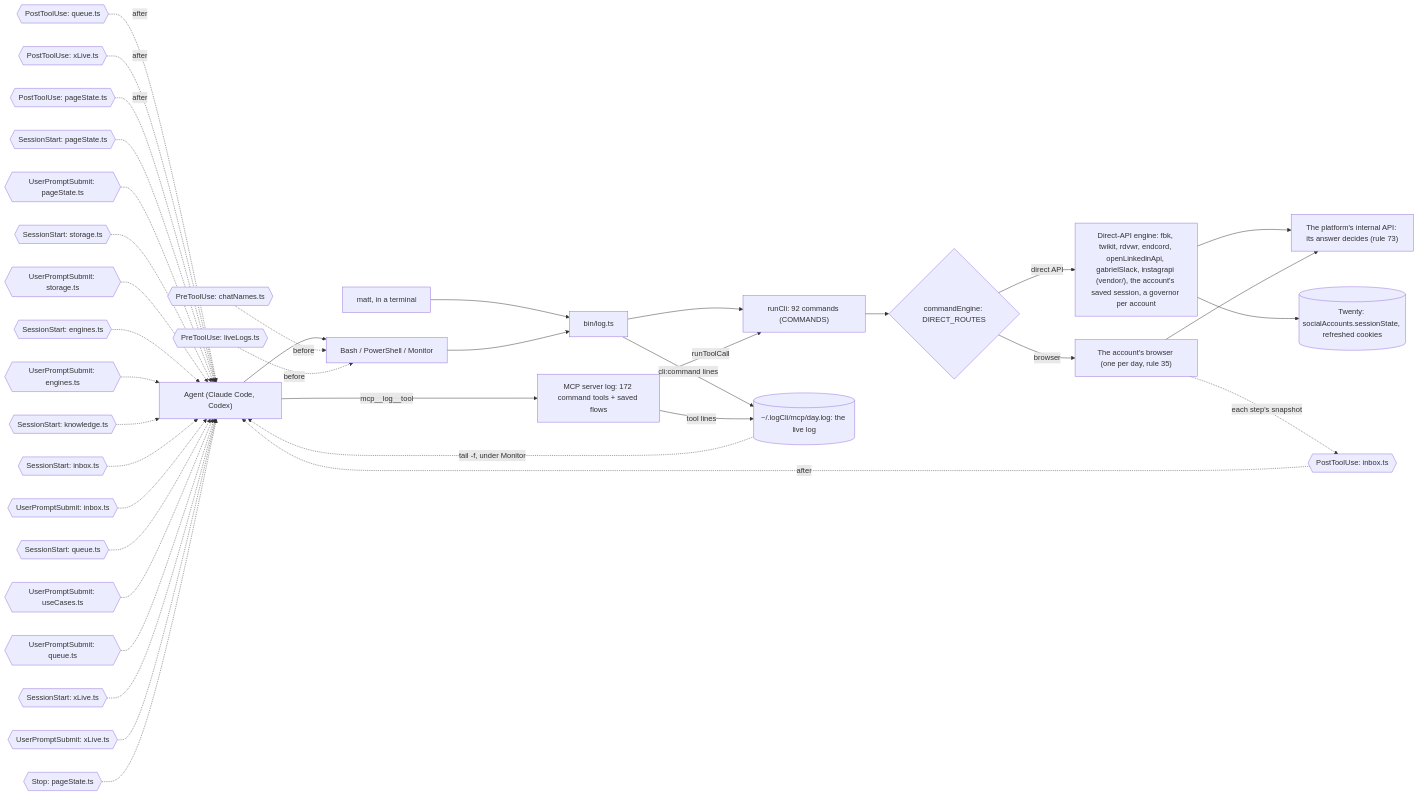
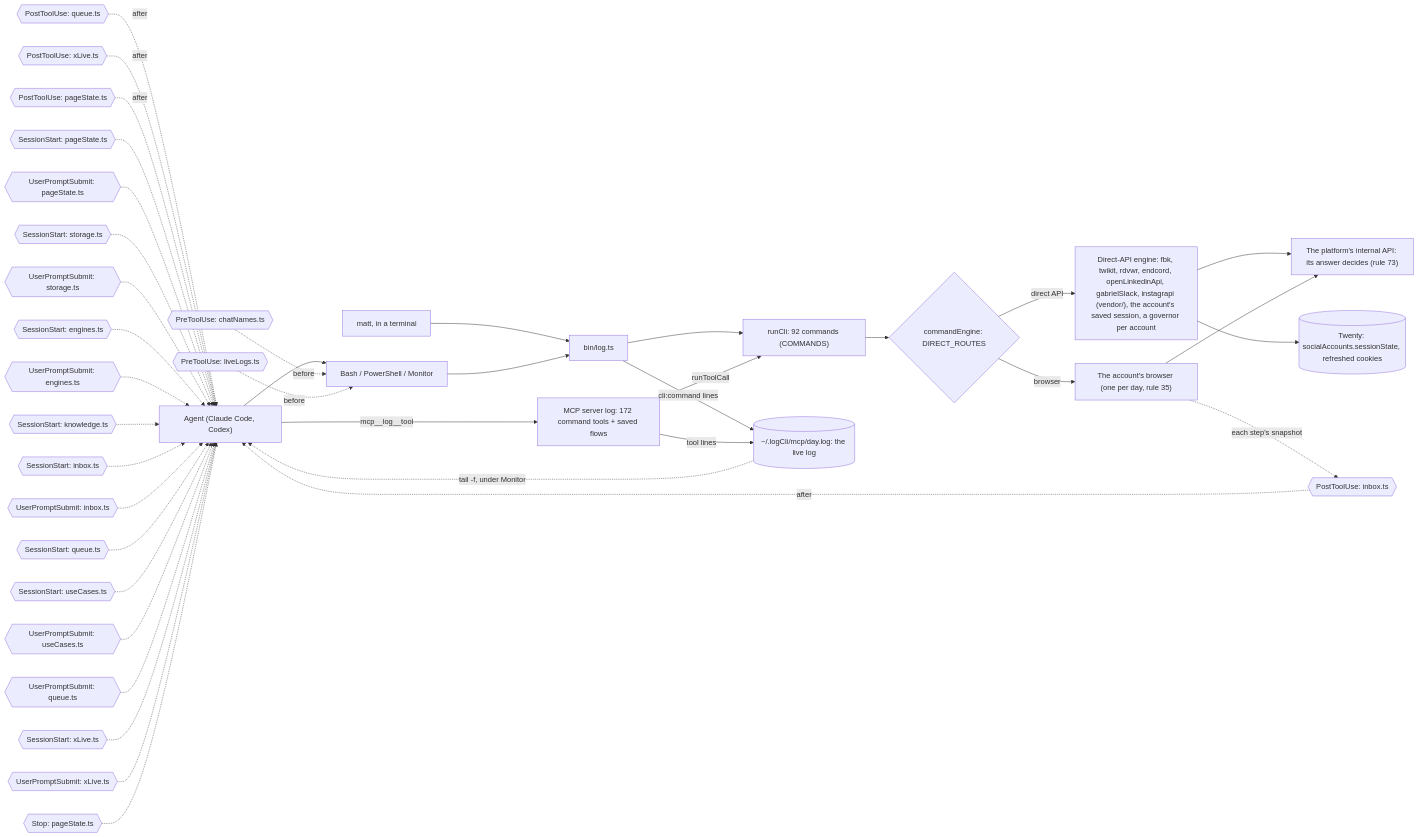
One commit to matthewdonsemail-lab/log changed the diagram in docs/diagrams/surface.mmd. Above: the diagram before and after it, drawn with Mermaid. The commit also changed 36 other files, not shown here.

```diff
--- a/docs/diagrams/surface.mmd
+++ b/docs/diagrams/surface.mmd
@@ -1,52 +1,53 @@
 %% How a call reaches log-cli. From a shell or over MCP, both run the same commands through `runCli`, write the same live log, and pass through the same hooks. `commandEngine` sends each command to the platform's direct API or to the account's browser.
 %% Written by `bun run docs:build` from the code (rule 56). Not edited by hand.
 flowchart LR
   agent["Agent (Claude Code, Codex)"]
   matt["matt, in a terminal"]
   shell["Bash / PowerShell / Monitor"]
   mcp["MCP server log: 172 command tools + saved flows"]
   bin["bin/log.ts"]
   runCli["runCli: 92 commands (COMMANDS)"]
   live[("~/.logCli/mcp/day.log: the live log")]
   engine{"commandEngine: DIRECT_ROUTES"}
   direct["Direct-API engine: fbk, twikit, rdvwr, endcord, openLinkedinApi, gabrielSlack, instagrapi (vendor/), the account's saved session, a governor per account"]
   browser["The account's browser (one per day, rule 35)"]
   api["The platform's internal API: its answer decides (rule 73)"]
   twenty[("Twenty: socialAccounts.sessionState, refreshed cookies")]
   agent --> shell
   matt --> bin
   shell --> bin
   agent -->|mcp__log__tool| mcp
   bin --> runCli
   mcp -->|runToolCall| runCli
   runCli --> engine
   engine -->|direct API| direct
   engine -->|browser| browser
   direct --> api
   browser --> api
   direct --> twenty
   bin -->|cli:command lines| live
   mcp -->|tool lines| live
   live -.->|tail -f, under Monitor| agent
   pre0{{"PreToolUse: chatNames.ts"}} -.->|before| shell
   pre1{{"PreToolUse: liveLogs.ts"}} -.->|before| shell
   post0{{"PostToolUse: inbox.ts"}} -.->|after| agent
   post1{{"PostToolUse: queue.ts"}} -.->|after| agent
   post2{{"PostToolUse: xLive.ts"}} -.->|after| agent
   post3{{"PostToolUse: pageState.ts"}} -.->|after| agent
   turn0{{"SessionStart: pageState.ts"}} -.-> agent
   turn1{{"UserPromptSubmit: pageState.ts"}} -.-> agent
   turn2{{"SessionStart: storage.ts"}} -.-> agent
   turn3{{"UserPromptSubmit: storage.ts"}} -.-> agent
   turn4{{"SessionStart: engines.ts"}} -.-> agent
   turn5{{"UserPromptSubmit: engines.ts"}} -.-> agent
   turn6{{"SessionStart: knowledge.ts"}} -.-> agent
   turn7{{"SessionStart: inbox.ts"}} -.-> agent
   turn8{{"UserPromptSubmit: inbox.ts"}} -.-> agent
   turn9{{"SessionStart: queue.ts"}} -.-> agent
-  turn10{{"UserPromptSubmit: useCases.ts"}} -.-> agent
-  turn11{{"UserPromptSubmit: queue.ts"}} -.-> agent
-  turn12{{"SessionStart: xLive.ts"}} -.-> agent
-  turn13{{"UserPromptSubmit: xLive.ts"}} -.-> agent
-  turn14{{"Stop: pageState.ts"}} -.-> agent
+  turn10{{"SessionStart: useCases.ts"}} -.-> agent
+  turn11{{"UserPromptSubmit: useCases.ts"}} -.-> agent
+  turn12{{"UserPromptSubmit: queue.ts"}} -.-> agent
+  turn13{{"SessionStart: xLive.ts"}} -.-> agent
+  turn14{{"UserPromptSubmit: xLive.ts"}} -.-> agent
+  turn15{{"Stop: pageState.ts"}} -.-> agent
   browser -.->|each step's snapshot| post0
```
